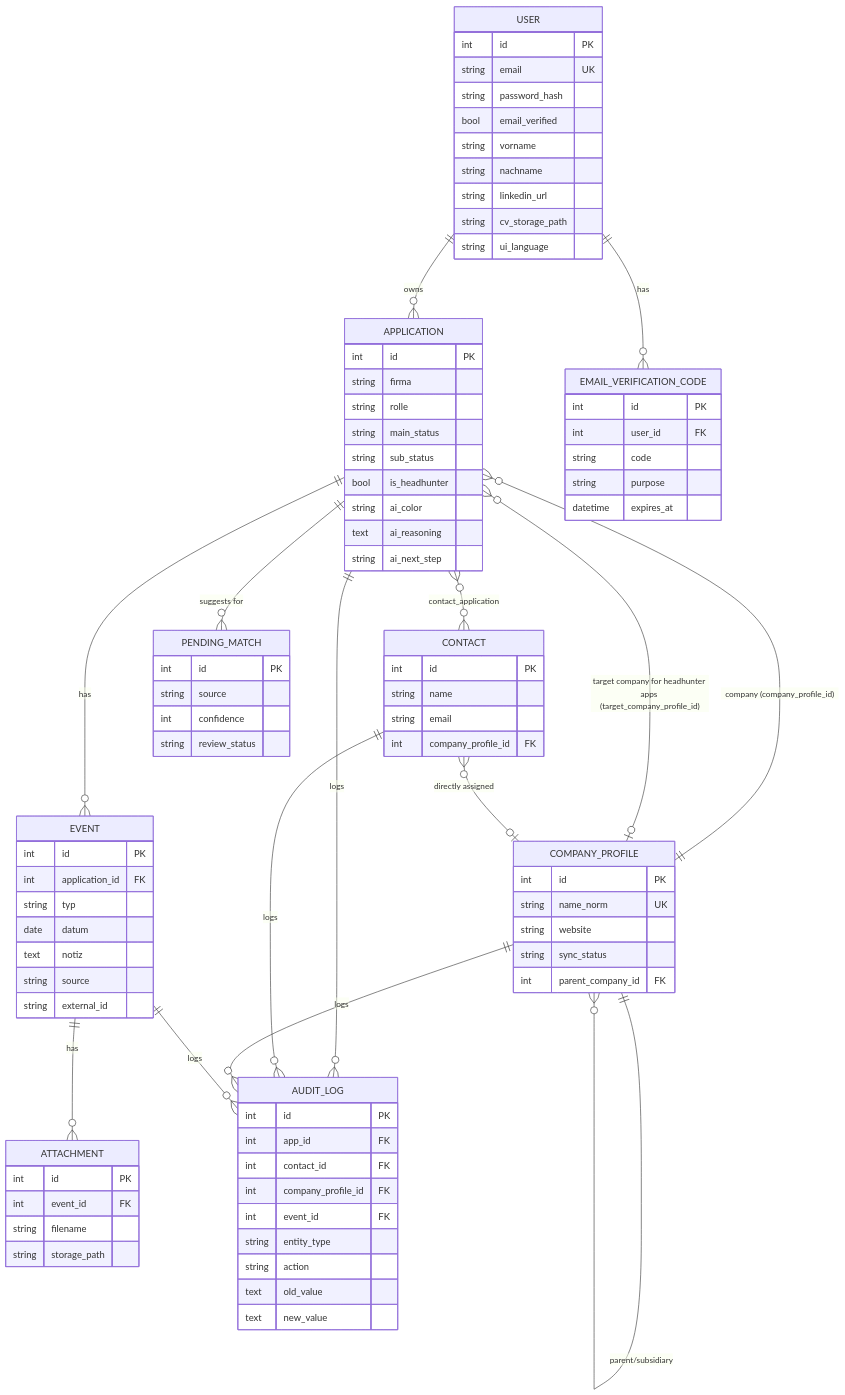
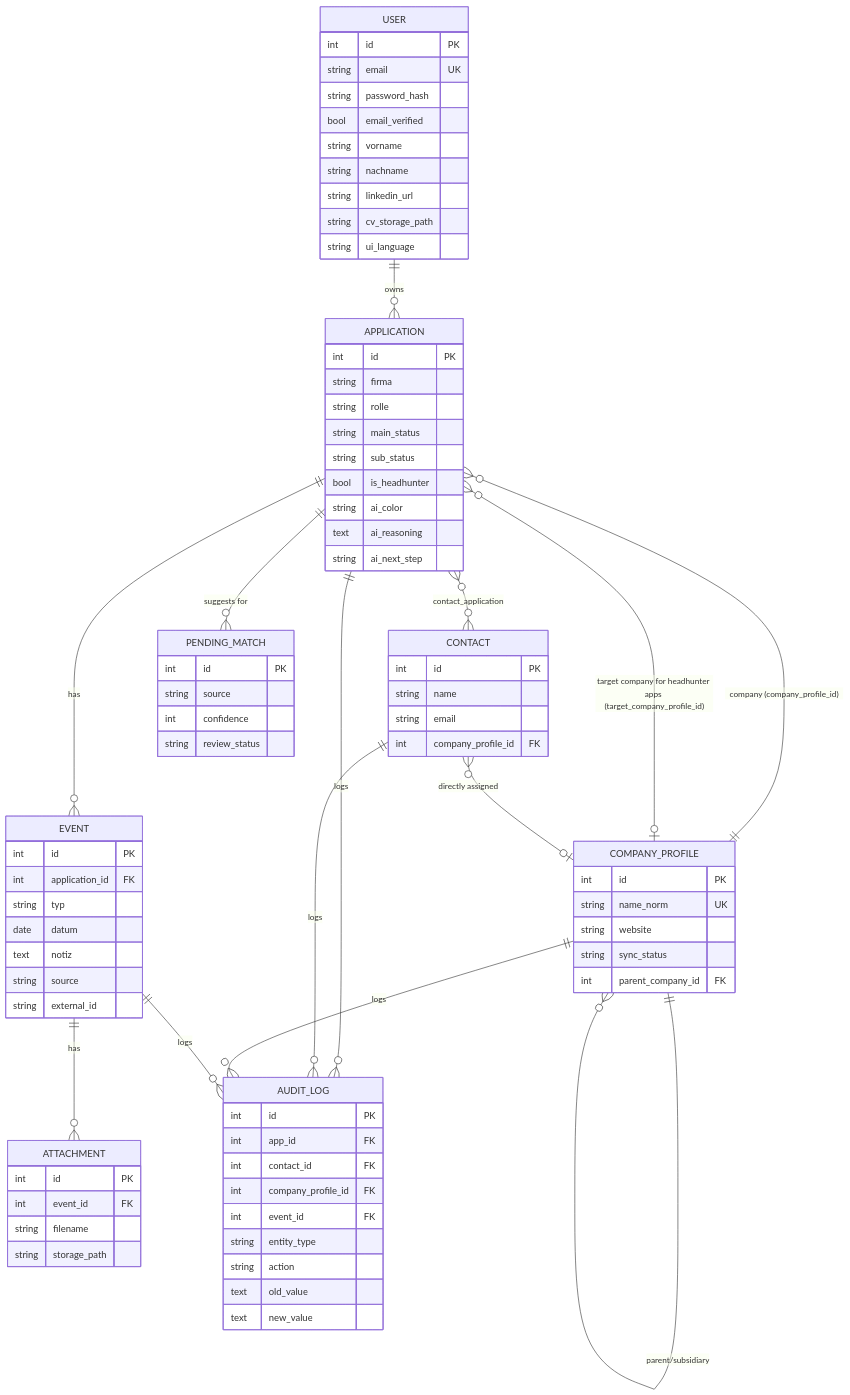
Before and after one commit to EGulinsky/rapport: the seventh of 9 diagrams in docs/ARCHITECTURE.md, drawn with Mermaid. The commit also changed other lines of this file and 29 other files, not shown here.

````diff
--- a/docs/ARCHITECTURE.md
+++ b/docs/ARCHITECTURE.md
@@ -582,7 +579,6 @@
 ```mermaid
 erDiagram
     USER ||--o{ APPLICATION : owns
-    USER ||--o{ EMAIL_VERIFICATION_CODE : has
     APPLICATION ||--o{ EVENT : has
     APPLICATION }o--o{ CONTACT : "contact_application"
     APPLICATION ||--o{ PENDING_MATCH : "suggests for"
@@ -606,13 +602,6 @@
         string linkedin_url
         string cv_storage_path
         string ui_language
-    }
-    EMAIL_VERIFICATION_CODE {
-        int id PK
-        int user_id FK
-        string code
-        string purpose
-        datetime expires_at
     }
     APPLICATION {
         int id PK
````
